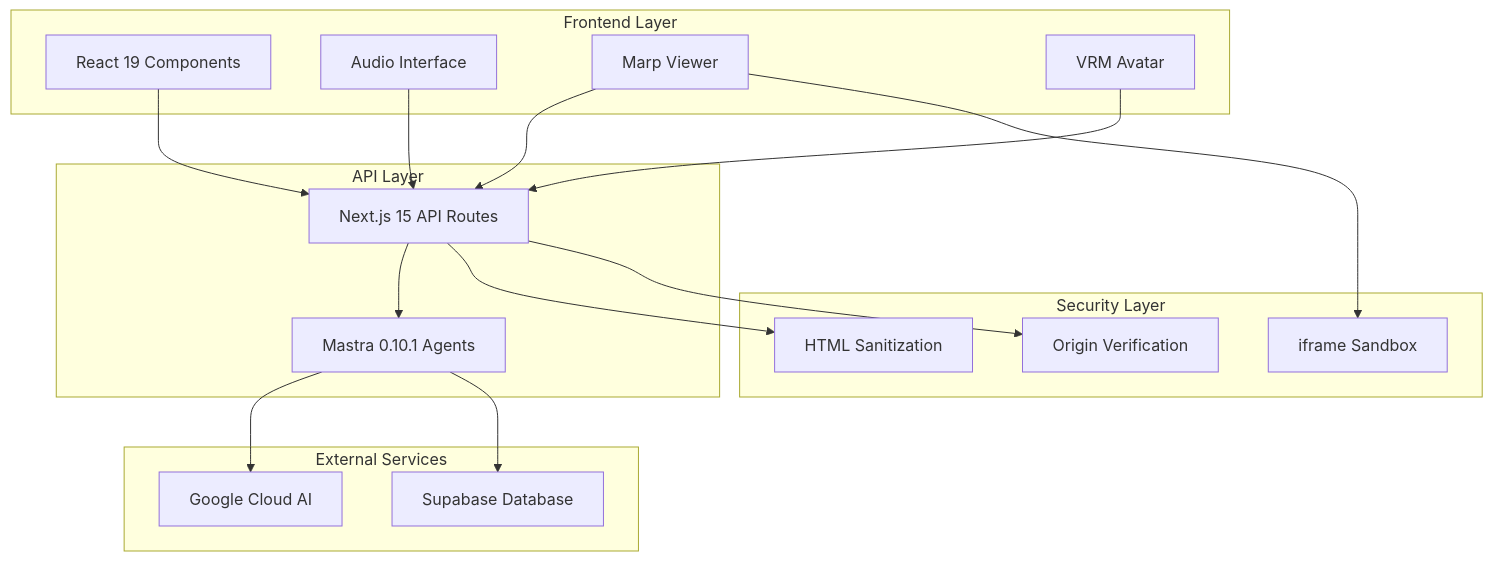
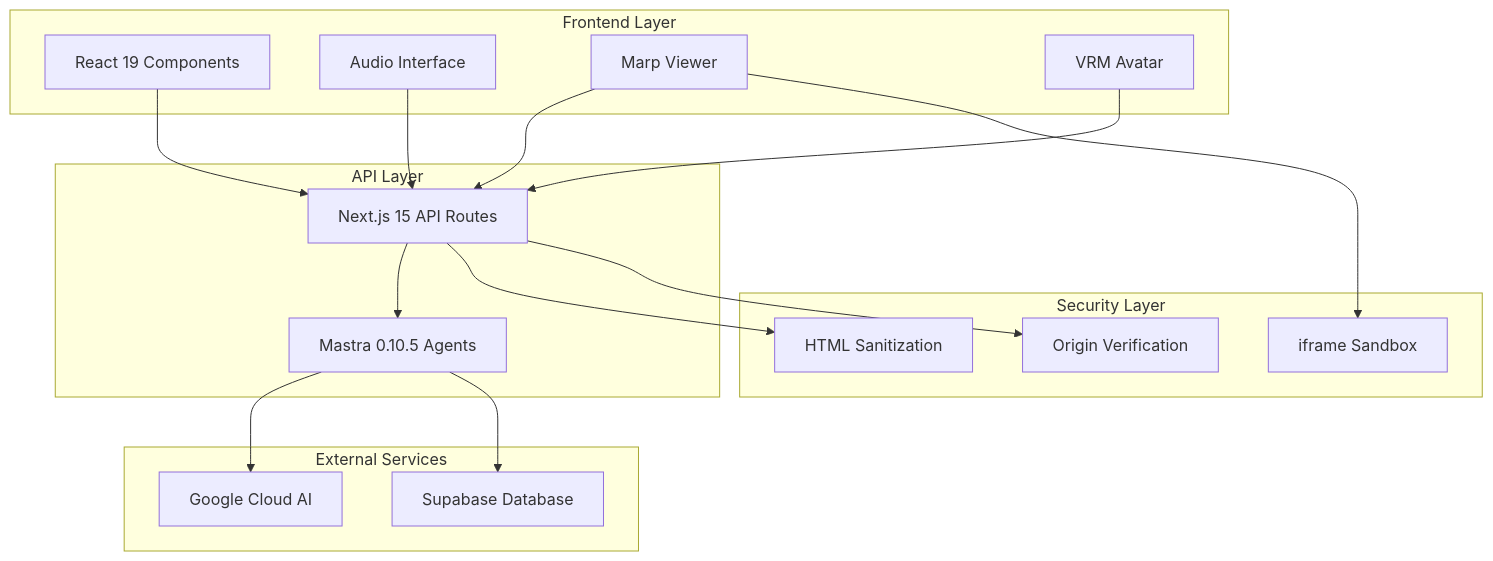
The diagram in docs/README.md (terisuke/engineer-cafe-navigator), drawn with Mermaid before and after one commit. The commit also changed 6 other files, not shown here.

````diff
--- a/docs/README.md
+++ b/docs/README.md
@@ -96,38 +96,38 @@
 ```mermaid
 graph TB
     subgraph "Frontend Layer"
         UI[React 19 Components]
         Voice[Audio Interface]
         Slides[Marp Viewer]
         Character[VRM Avatar]
     end
     
     subgraph "API Layer"
         API[Next.js 15 API Routes]
-        Mastra[Mastra 0.10.1 Agents]
+        Mastra[Mastra 0.10.5 Agents]
     end
     
     subgraph "External Services"
         Google[Google Cloud AI]
         Supabase[Supabase Database]
     end
     
     subgraph "Security Layer"
         XSS[HTML Sanitization]
         Origin[Origin Verification]
         Sandbox[iframe Sandbox]
     end
     
     UI --> API
     Voice --> API
     Slides --> API
     Character --> API
     
     API --> Mastra
     Mastra --> Google
     Mastra --> Supabase
     
     API --> XSS
     API --> Origin
     Slides --> Sandbox
 ```
````
